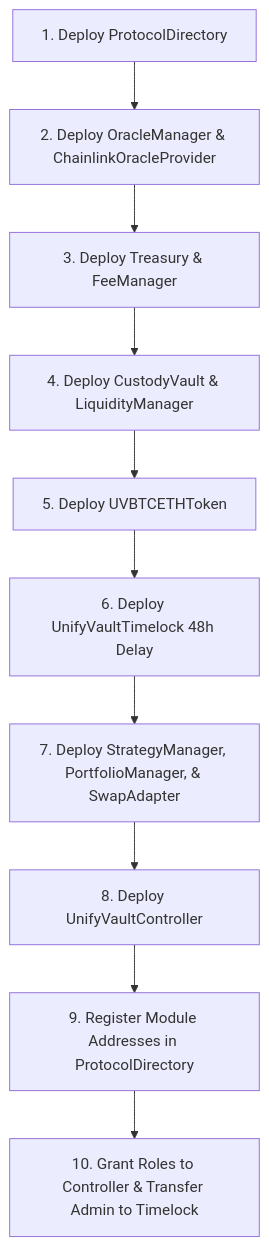
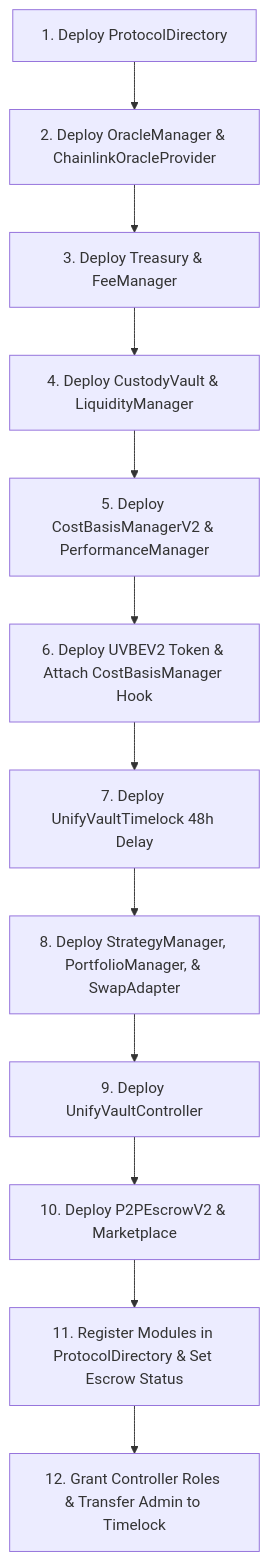
The diagram in docs/Deployment.md (DigiClums/UnifyVault-UV), drawn with Mermaid before and after one commit. The commit also changed other lines of this file and 21 other files, not shown here.

````diff
--- a/docs/Deployment.md
+++ b/docs/Deployment.md
@@ -40,12 +38,14 @@
 ```mermaid
 flowchart TD
     Step1[1. Deploy ProtocolDirectory] --> Step2[2. Deploy OracleManager & ChainlinkOracleProvider]
     Step2 --> Step3[3. Deploy Treasury & FeeManager]
     Step3 --> Step4[4. Deploy CustodyVault & LiquidityManager]
-    Step4 --> Step5[5. Deploy UVBTCETHToken]
-    Step5 --> Step6[6. Deploy UnifyVaultTimelock 48h Delay]
-    Step6 --> Step7[7. Deploy StrategyManager, PortfolioManager, & SwapAdapter]
-    Step7 --> Step8[8. Deploy UnifyVaultController]
-    Step8 --> Step9[9. Register Module Addresses in ProtocolDirectory]
-    Step9 --> Step10[10. Grant Roles to Controller & Transfer Admin to Timelock]
+    Step4 --> Step5[5. Deploy CostBasisManagerV2 & PerformanceManager]
+    Step5 --> Step6[6. Deploy UVBEV2 Token & Attach CostBasisManager Hook]
+    Step6 --> Step7[7. Deploy UnifyVaultTimelock 48h Delay]
+    Step7 --> Step8[8. Deploy StrategyManager, PortfolioManager, & SwapAdapter]
+    Step8 --> Step9[9. Deploy UnifyVaultController]
+    Step9 --> Step10[10. Deploy P2PEscrowV2 & Marketplace]
+    Step10 --> Step11[11. Register Modules in ProtocolDirectory & Set Escrow Status]
+    Step11 --> Step12[12. Grant Controller Roles & Transfer Admin to Timelock]
 ```
````
